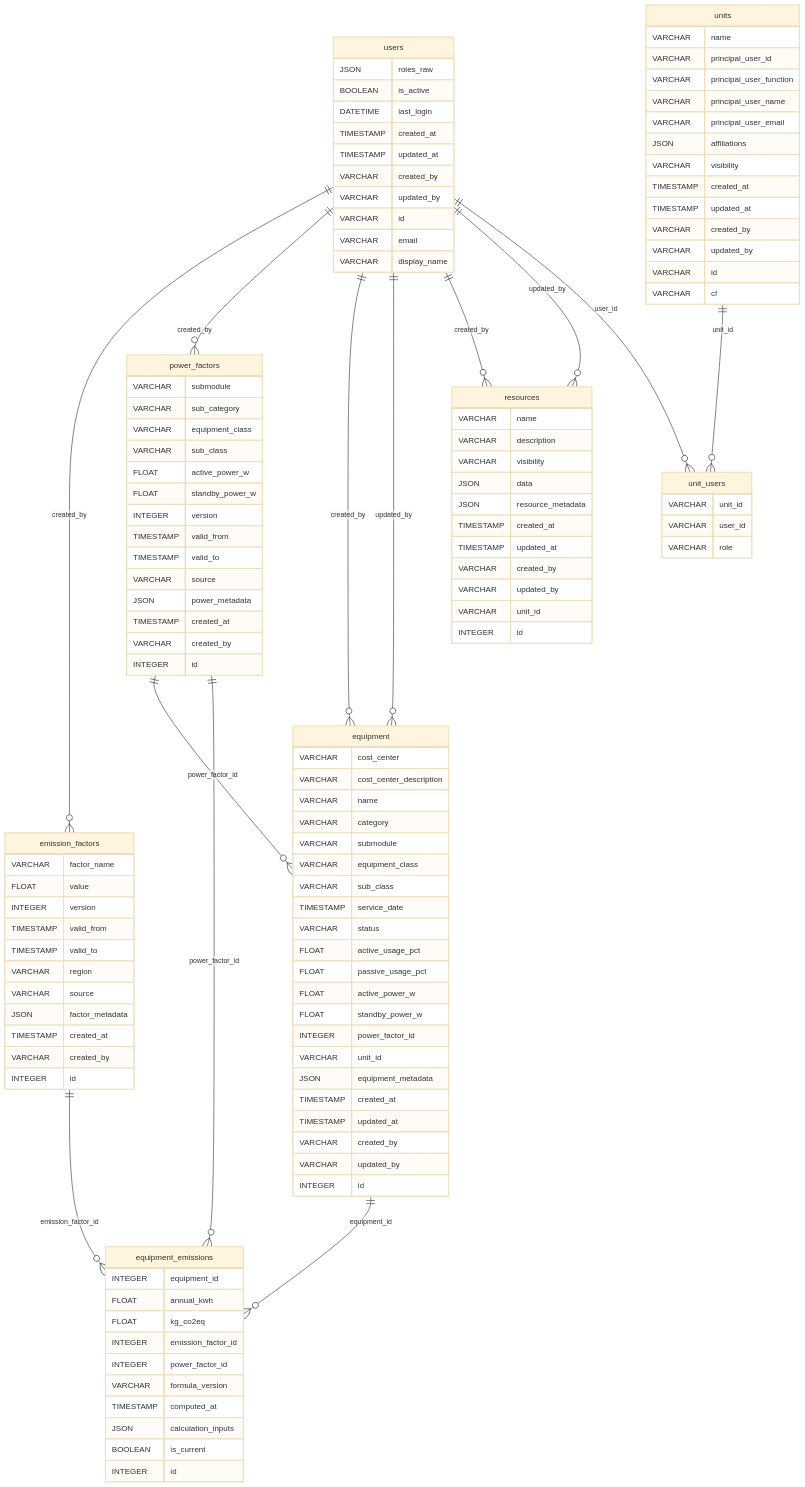
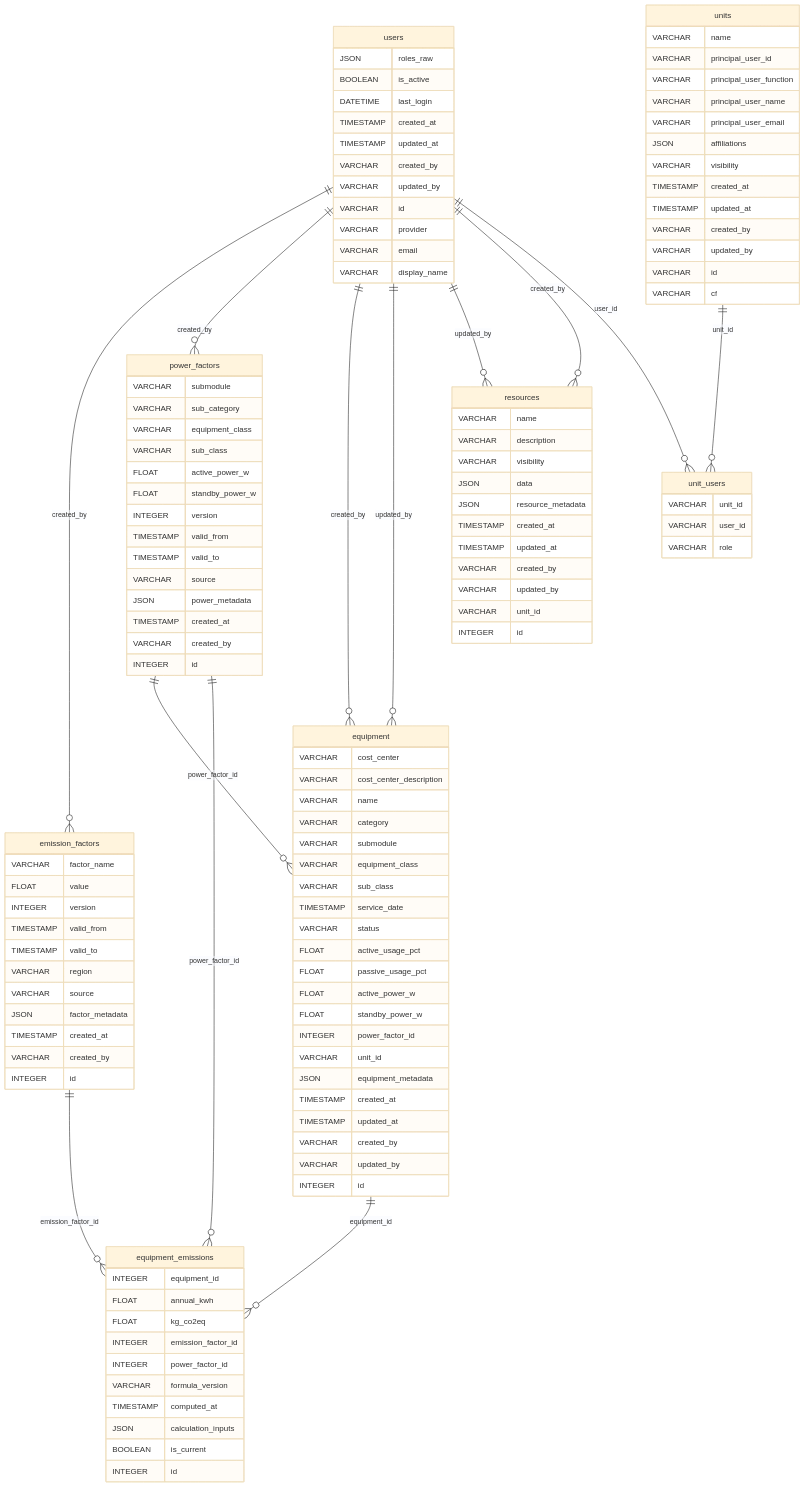
The diagram in docs/src/database/erd.md (EPFL-ENAC/co2-calculator), drawn with Mermaid (base theme) before and after one commit. The commit also changed 10 other files, not shown here.

````diff
--- a/docs/src/database/erd.md
+++ b/docs/src/database/erd.md
@@ -107,6 +107,7 @@
     VARCHAR created_by
     VARCHAR updated_by
     VARCHAR id
+    VARCHAR provider
     VARCHAR email
     VARCHAR display_name
   }
@@ -115,11 +116,11 @@
   users ||--}o equipment : created_by
   users ||--}o equipment : updated_by
   power_factors ||--}o equipment : power_factor_id
-  power_factors ||--}o equipment_emissions : power_factor_id
   emission_factors ||--}o equipment_emissions : emission_factor_id
   equipment ||--}o equipment_emissions : equipment_id
+  power_factors ||--}o equipment_emissions : power_factor_id
+  users ||--}o resources : updated_by
   users ||--}o resources : created_by
-  users ||--}o resources : updated_by
   users ||--}o unit_users : user_id
   units ||--}o unit_users : unit_id
 ```
````
